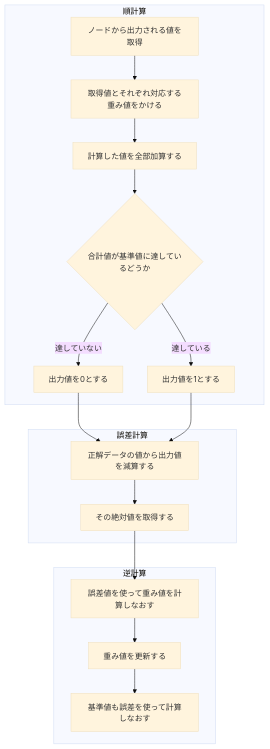
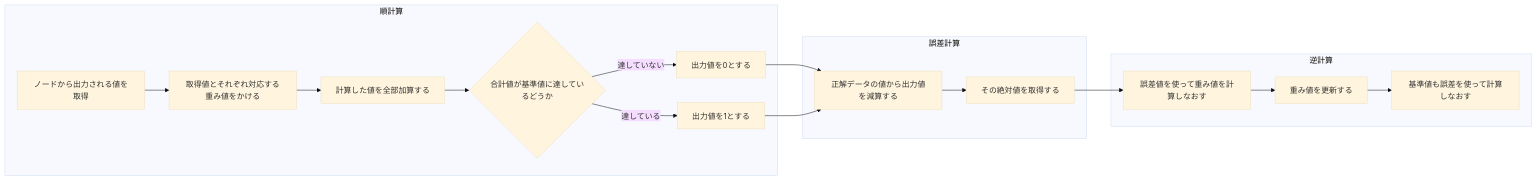
Before and after one commit to Tiamat-KIT/MarkDownMermaid: the diagram in Perceptron.md, drawn with Mermaid (base theme).

````diff
--- a/Perceptron.md
+++ b/Perceptron.md
@@ -1,16 +1,16 @@
 ```mermaid
-flowchart TD
+flowchart LR
   subgraph ide1 [順計算]
     A[ノードから出力される値を取得] --> B[取得値とそれぞれ対応する重み値をかける] --> C[計算した値を全部加算する] --> D{合計値が基準値に達しているどうか}
     D -->|達していない| E[出力値を0とする]
     D -->|達している| F[出力値を1とする]
   end
   E & F --> G
   subgraph ide2 [誤差計算]
     G[正解データの値から出力値を減算する] --> H[その絶対値を取得する]
   end
   H --> I
   subgraph ide3 [逆計算]
     I[誤差値を使って重み値を計算しなおす] --> J[重み値を更新する] --> K[基準値も誤差を使って計算しなおす]
   end
 ```
````
